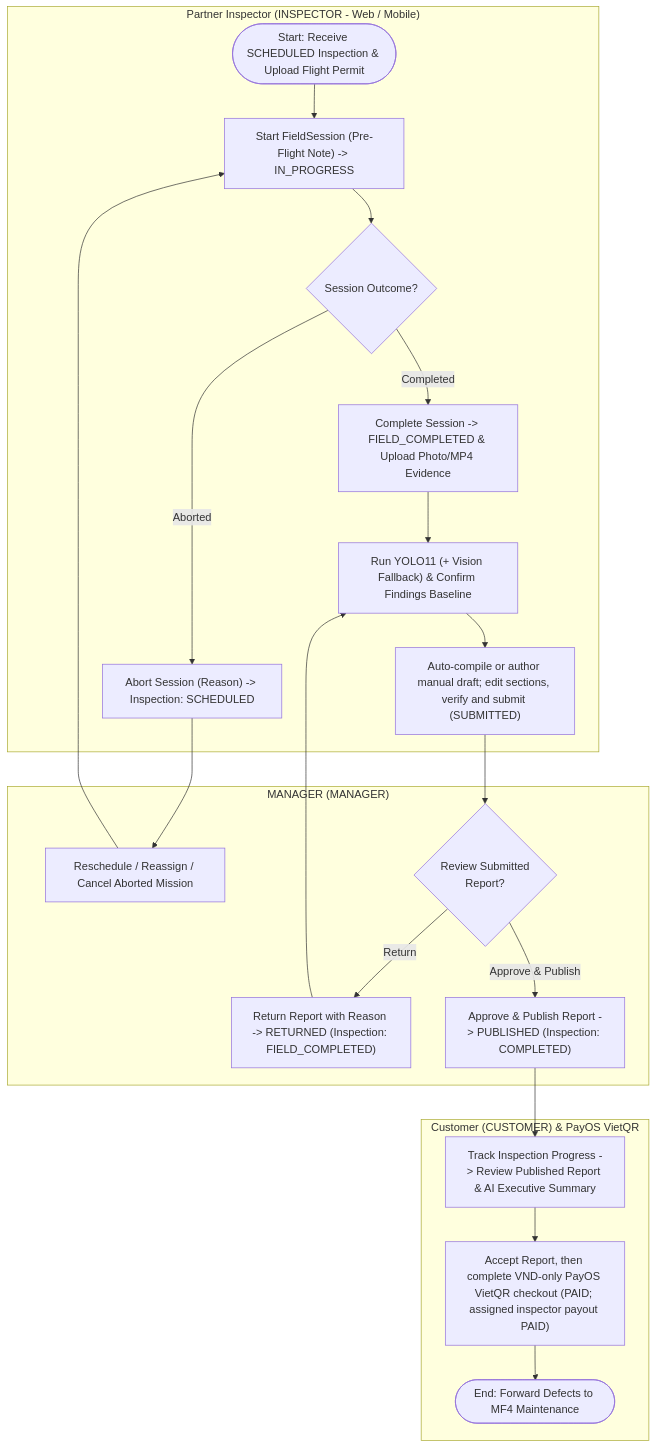
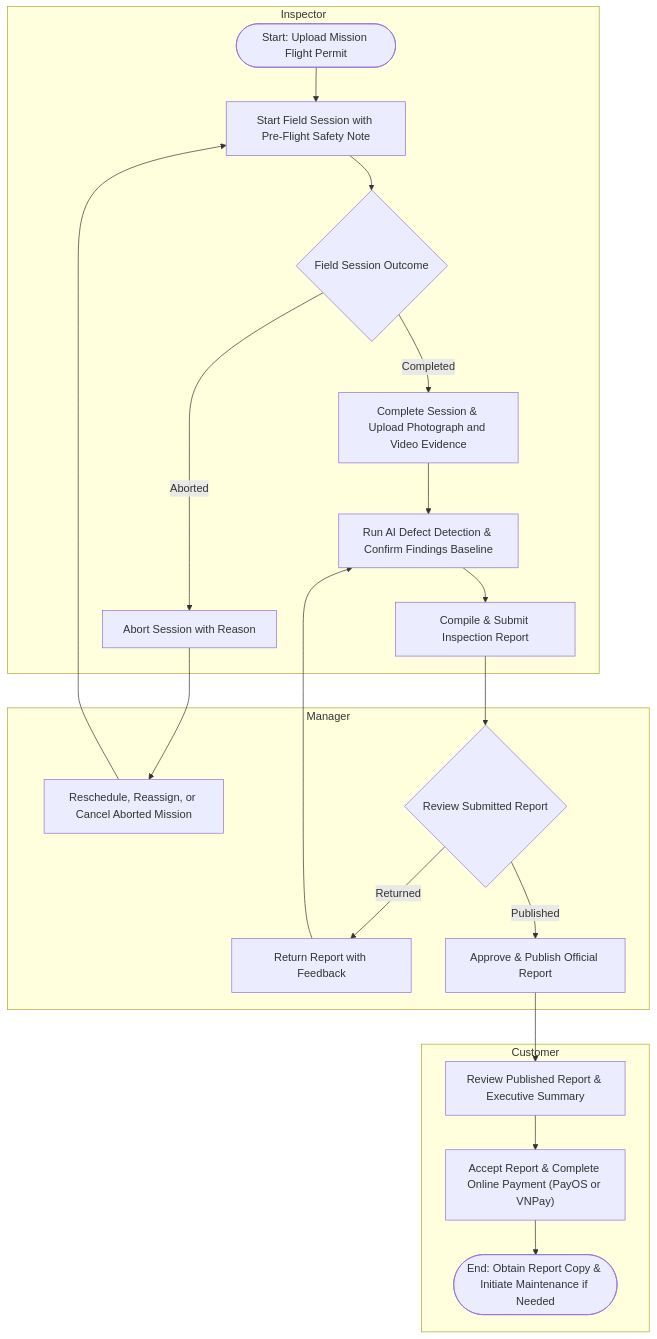
Before and after one commit to josecerejo/SmartDroneInspection-Docs: diagram 18 of 23 in reports/report-4-software-design-document/03-detailed-design.md, drawn with Mermaid. The commit also changed other lines of this file and 205 other files, not shown here.

First line of the commit message:
docs(reports): synchronize Report 1-5 changes, update diagrams, and clean exports (#88)

````diff
--- a/reports/report-4-software-design-document/03-detailed-design.md
+++ b/reports/report-4-software-design-document/03-detailed-design.md
@@ -829,32 +762,32 @@
 ```mermaid
-%% title: WF-03 Activity Diagram - Permit Gate, Field Session, YOLO11, Auto-Compiled Report and PayOS
+%% title: WF-03 Activity Diagram - Field Session, AI Detection, Reporting and Payment
 flowchart TD
-  subgraph IN3["Partner Inspector (INSPECTOR - Web / Mobile)"]
-    C1(["Start: Receive SCHEDULED Inspection & Upload Flight Permit"])
-    C2["Start FieldSession (Pre-Flight Note) -> IN_PROGRESS"]
-    C3{"Session Outcome?"}
-    C4["Abort Session (Reason) -> Inspection: SCHEDULED"]
-    C5["Complete Session -> FIELD_COMPLETED & Upload Photo/MP4 Evidence"]
-    C6["Run YOLO11 (+ Vision Fallback) & Confirm Findings Baseline"]
-    C7["Auto-compile or author manual draft; edit sections, verify and submit (SUBMITTED)"]
+  subgraph IN3["Inspector"]
+    C1(["Start: Upload Mission Flight Permit"])
+    C2["Start Field Session with Pre-Flight Safety Note"]
+    C3{"Field Session Outcome"}
+    C4["Abort Session with Reason"]
+    C5["Complete Session & Upload Photograph and Video Evidence"]
+    C6["Run AI Defect Detection & Confirm Findings Baseline"]
+    C7["Compile & Submit Inspection Report"]
   end
 
-  subgraph MG3["MANAGER (MANAGER)"]
-    C4M["Reschedule / Reassign / Cancel Aborted Mission"]
-    C8{"Review Submitted\nReport?"}
-    C9["Return Report with Reason -> RETURNED (Inspection: FIELD_COMPLETED)"]
-    C10["Approve & Publish Report -> PUBLISHED (Inspection: COMPLETED)"]
+  subgraph MG3["Manager"]
+    C4M["Reschedule, Reassign, or Cancel Aborted Mission"]
+    C8{"Review Submitted Report"}
+    C9["Return Report with Feedback"]
+    C10["Approve & Publish Official Report"]
   end
 
-  subgraph CU3["Customer (CUSTOMER) & PayOS VietQR"]
-    C11["Track Inspection Progress -> Review Published Report & AI Executive Summary"]
-    C12["Accept Report, then complete VND-only PayOS VietQR checkout (PAID; assigned inspector payout PAID)"]
-    C13(["End: Forward Defects to MF4 Maintenance"])
+  subgraph CU3["Customer"]
+    C11["Review Published Report & Executive Summary"]
+    C12["Accept Report & Complete Online Payment (PayOS or VNPay)"]
+    C13(["End: Obtain Report Copy & Initiate Maintenance if Needed"])
   end
 
   C1 --> C2 --> C3
   C3 -->|"Aborted"| C4 --> C4M --> C2
   C3 -->|"Completed"| C5 --> C6 --> C7 --> C8
-  C8 -->|"Return"| C9 --> C6
-  C8 -->|"Approve & Publish"| C10 --> C11 --> C12 --> C13
+  C8 -->|"Returned"| C9 --> C6
+  C8 -->|"Published"| C10 --> C11 --> C12 --> C13
 ```
````
